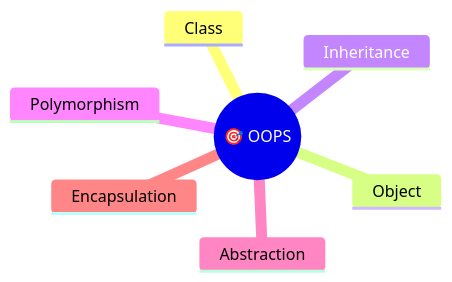
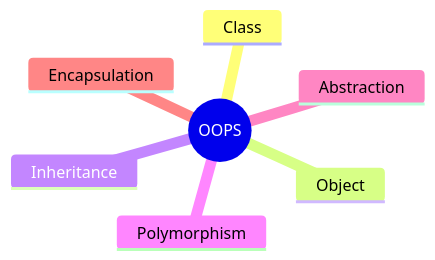
The first of 2 diagrams in src/Theory/05-OOPS-Part-1/01-OOPS-Introduction.md (kundankumarsharma56/Leaning-Java), drawn with Mermaid before and after one commit. The commit also changed other lines of this file and 84 other files, not shown here.

````diff
--- a/src/Theory/05-OOPS-Part-1/01-OOPS-Introduction.md
+++ b/src/Theory/05-OOPS-Part-1/01-OOPS-Introduction.md
@@ -35,10 +33,10 @@
 ```mermaid
 mindmap
-  root((🎯 OOPS))
+  root(( OOPS))
     Class
     Object
     Inheritance
     Polymorphism
     Abstraction
     Encapsulation
 ```
````
